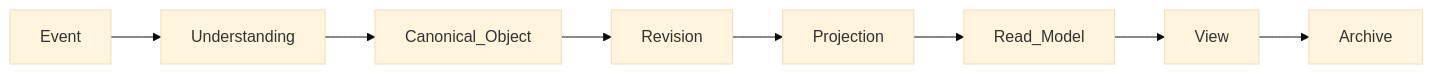
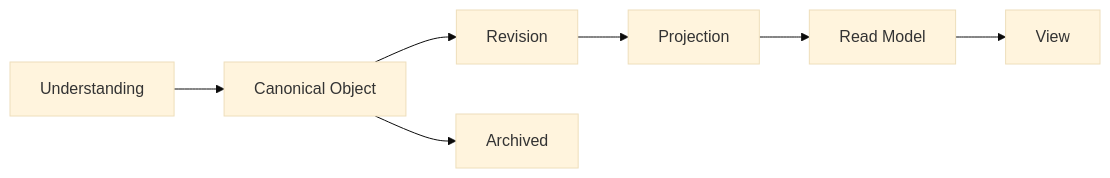
Before and after one commit to tiroq/praxis: the first of 3 diagrams in rfcs/015-object-lifecycle-model.md, drawn with Mermaid (base theme). The commit also changed other lines of this file, not shown here.

Commit message:
Refine RFC-015 Object Lifecycle Model; update lifecycle diagram, clarify lifecycle stages, and enhance processing vs business lifecycle distinctions

````diff
--- a/rfcs/015-object-lifecycle-model.md
+++ b/rfcs/015-object-lifecycle-model.md
@@ -43,10 +43,11 @@
 ```mermaid
-graph LR
-    Event --> Understanding
-    Understanding --> Canonical_Object
-    Canonical_Object --> Revision
-    Revision --> Projection
-    Projection --> Read_Model
-    Read_Model --> View
-    View --> Archive
+flowchart LR
+    UND[Understanding]
+    --> CO[Canonical Object]
+    --> REV[Revision]
+    --> PROJ[Projection]
+    --> RM[Read Model]
+    --> VIEW[View]
+
+    CO --> ARCH[Archived]
 ```
````
